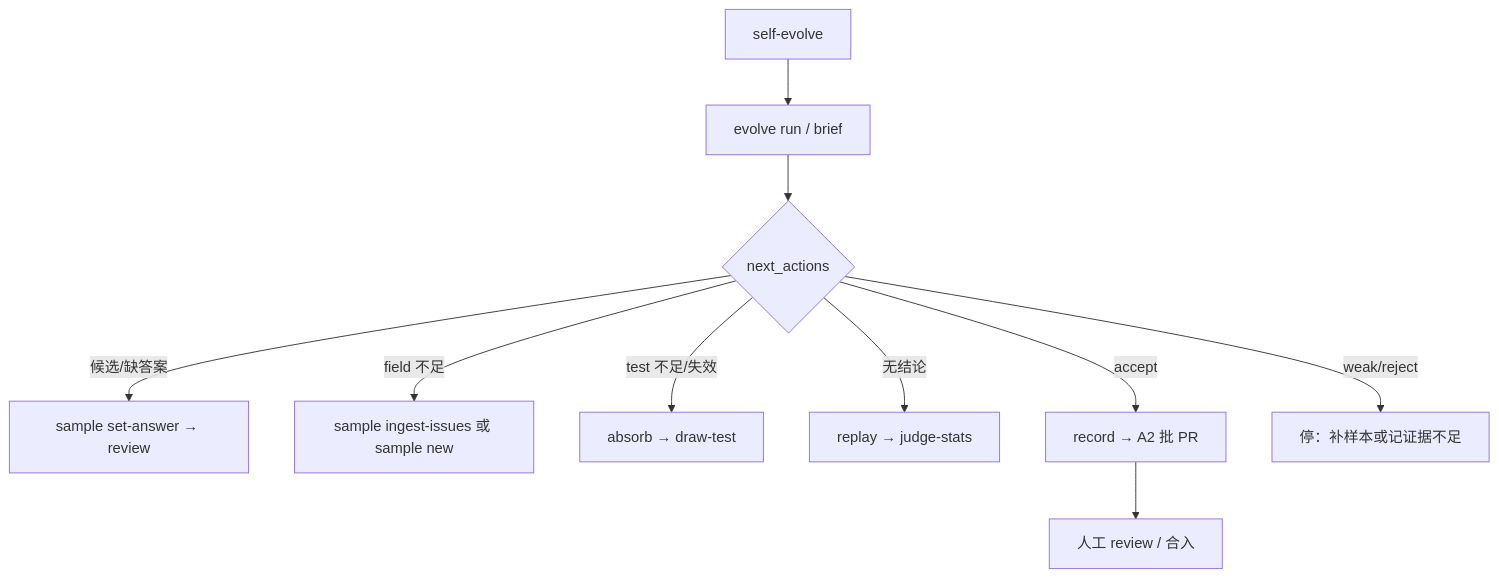
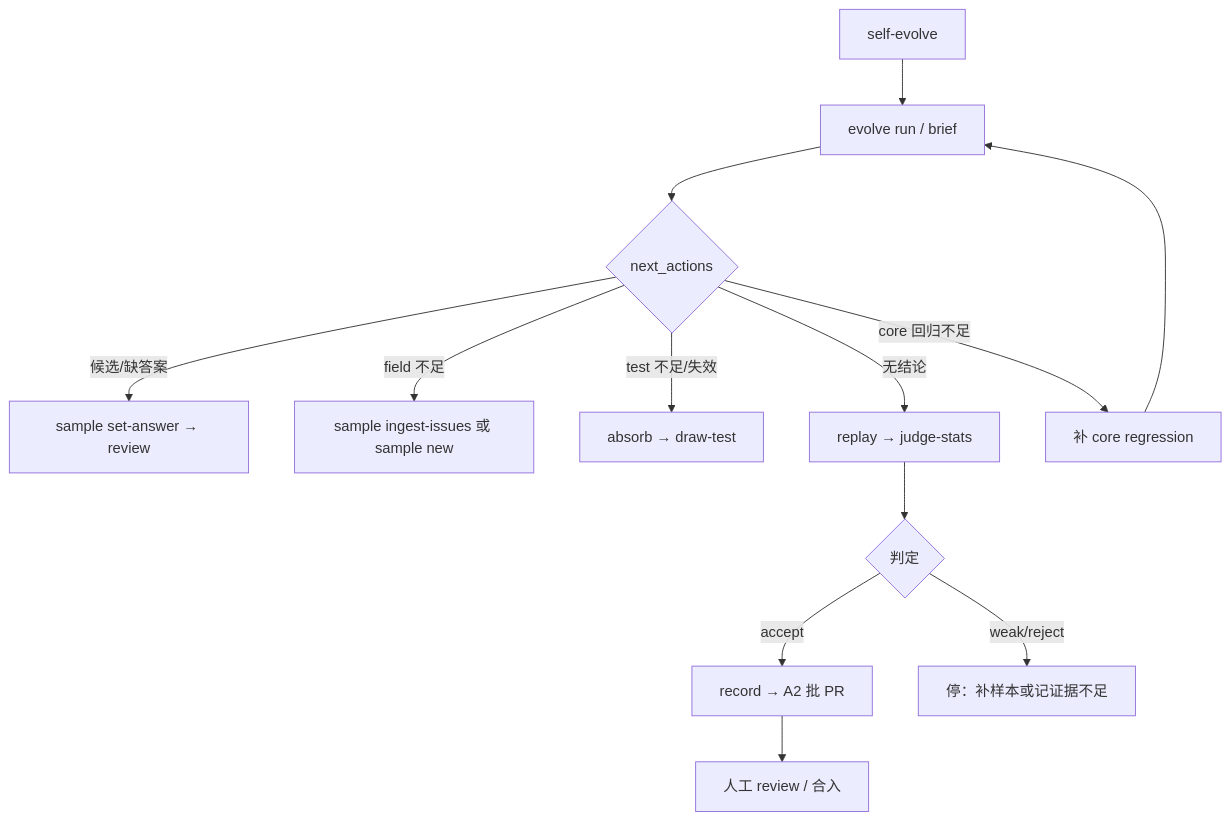
Before and after one commit to pillumina/ascend-sleuth: the diagram in docs/mechanism/operations.md, drawn with Mermaid. The commit also changed 4 other files, not shown here.

````diff
--- a/docs/mechanism/operations.md
+++ b/docs/mechanism/operations.md
@@ -121,12 +121,15 @@
 ```mermaid
 flowchart TD
   A[self-evolve] --> B[evolve run / brief]
   B --> C{next_actions}
   C -->|候选/缺答案| D[sample set-answer → review]
   C -->|field 不足| E[sample ingest-issues 或 sample new]
   C -->|test 不足/失效| F[absorb → draw-test]
   C -->|无结论| G[replay → judge-stats]
-  C -->|accept| H[record → A2 批 PR]
-  C -->|weak/reject| I[停：补样本或记证据不足]
-  H --> J[人工 review / 合入]
+  C -->|core 回归不足| H[补 core regression]
+  G --> I{判定}
+  I -->|accept| J[record → A2 批 PR]
+  I -->|weak/reject| K[停：补样本或记证据不足]
+  J --> L[人工 review / 合入]
+  H --> B
 ```
````
